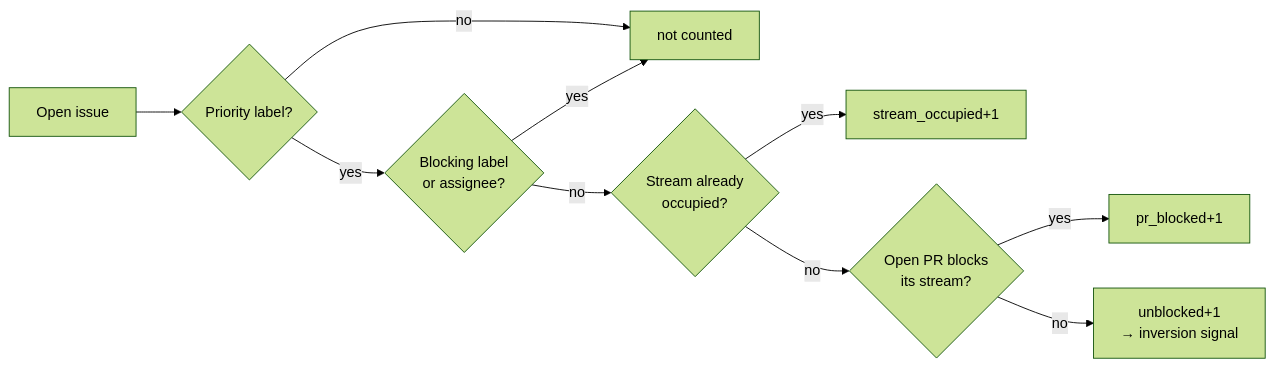
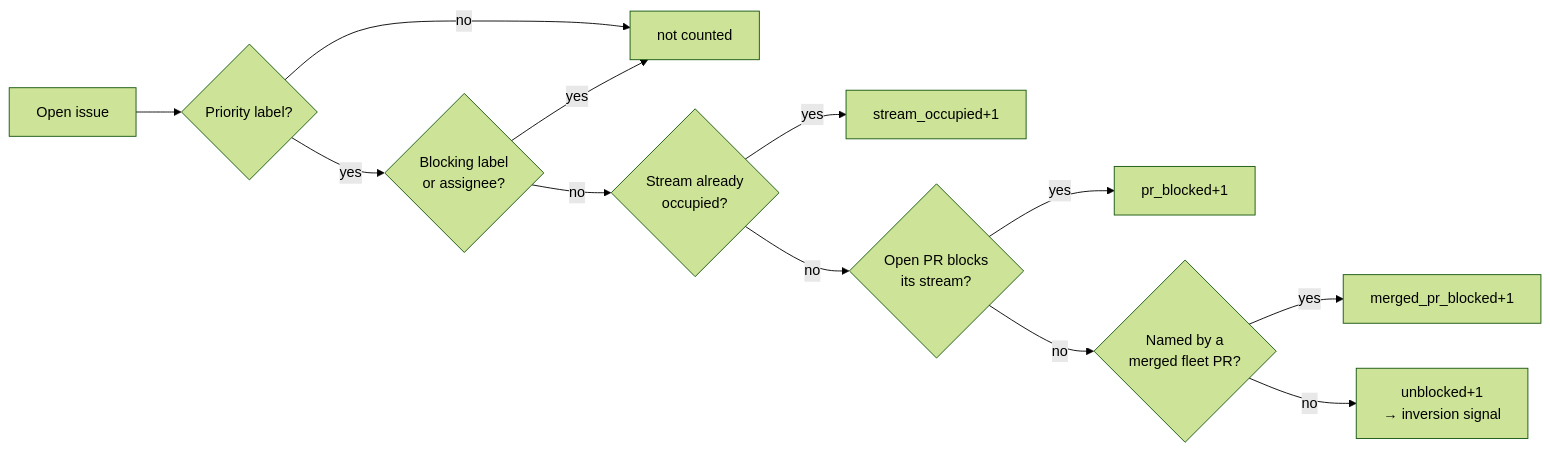
The third of 14 diagrams in docs/IDLE-TASK-FRAMEWORK.md (stSoftwareAU/VibeCoder), drawn with Mermaid (forest theme) before and after one commit. The commit also changed other lines of this file and 6 other files, not shown here.

````diff
--- a/docs/IDLE-TASK-FRAMEWORK.md
+++ b/docs/IDLE-TASK-FRAMEWORK.md
@@ -501,12 +502,14 @@
 ```mermaid
 flowchart LR
     I[Open issue] --> L{Priority label?}
     L -- no --> X[not counted]
     L -- yes --> B{Blocking label<br/>or assignee?}
     B -- yes --> X
     B -- no --> S{Stream already<br/>occupied?}
     S -- yes --> SO["stream_occupied+1"]
     S -- no --> P{Open PR blocks<br/>its stream?}
     P -- yes --> PB["pr_blocked+1"]
-    P -- no --> U["unblocked+1<br/>→ inversion signal"]
+    P -- no --> M{Named by a<br/>merged fleet PR?}
+    M -- yes --> MB["merged_pr_blocked+1"]
+    M -- no --> U["unblocked+1<br/>→ inversion signal"]
 ```
````
